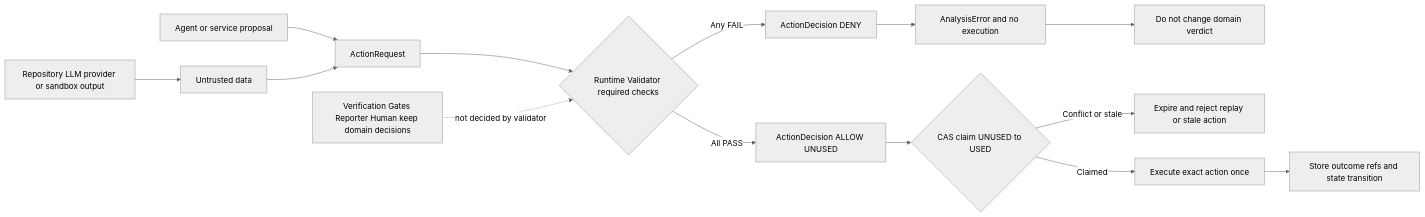
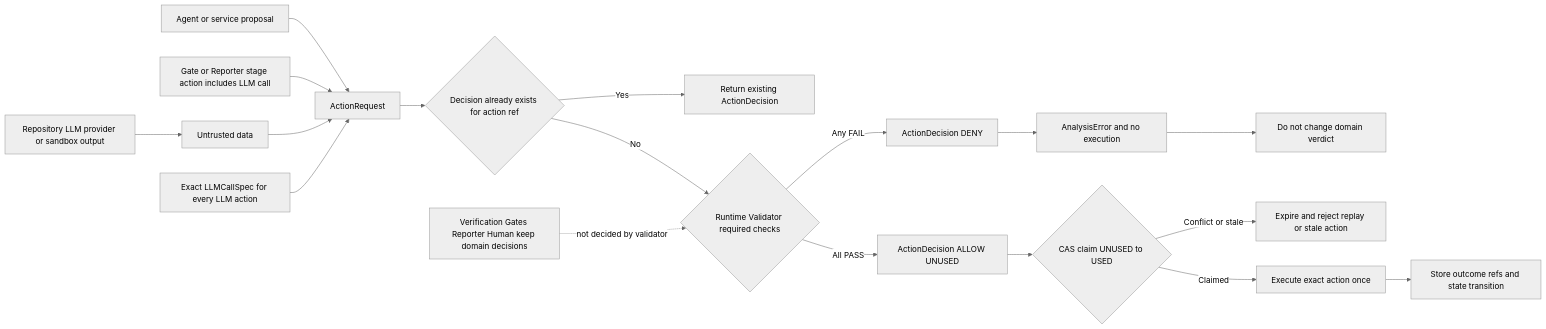
Diagram 12 of 13 in docs/architecture-v5/13-architecture-diagrams.md (SASTsimi/sastsimi), drawn with Mermaid (neutral theme) before and after one commit. The commit also changed other lines of this file and 16 other files, not shown here.

````diff
--- a/docs/architecture-v5/13-architecture-diagrams.md
+++ b/docs/architecture-v5/13-architecture-diagrams.md
@@ -318,16 +320,20 @@
 ```mermaid
 flowchart LR
     INPUT[Repository LLM provider or sandbox output] --> UNTRUSTED[Untrusted data]
     AGENT[Agent or service proposal] --> REQUEST[ActionRequest]
+    STAGE[Gate or Reporter stage action includes LLM call] --> REQUEST
     UNTRUSTED --> REQUEST
-    REQUEST --> CHECK{Runtime Validator required checks}
+    SPEC[Exact LLMCallSpec for every LLM action] --> REQUEST
+    REQUEST --> UNIQUE{Decision already exists for action ref}
+    UNIQUE -->|Yes| EXISTING[Return existing ActionDecision]
+    UNIQUE -->|No| CHECK{Runtime Validator required checks}
     CHECK -->|Any FAIL| DENY[ActionDecision DENY]
     DENY --> ERROR[AnalysisError and no execution]
     ERROR --> KEEP[Do not change domain verdict]
     CHECK -->|All PASS| ALLOW[ActionDecision ALLOW UNUSED]
     ALLOW --> CLAIM{CAS claim UNUSED to USED}
     CLAIM -->|Conflict or stale| REJECT[Expire and reject replay or stale action]
     CLAIM -->|Claimed| EXECUTE[Execute exact action once]
     EXECUTE --> OUTCOME[Store outcome refs and state transition]
     DOMAIN[Verification Gates Reporter Human keep domain decisions] -. not decided by validator .-> CHECK
 ```
````
